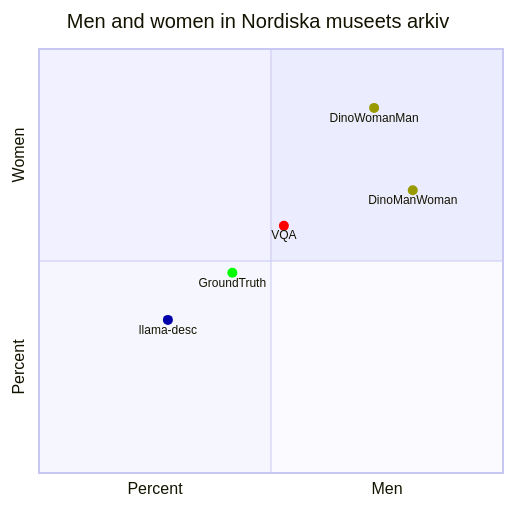
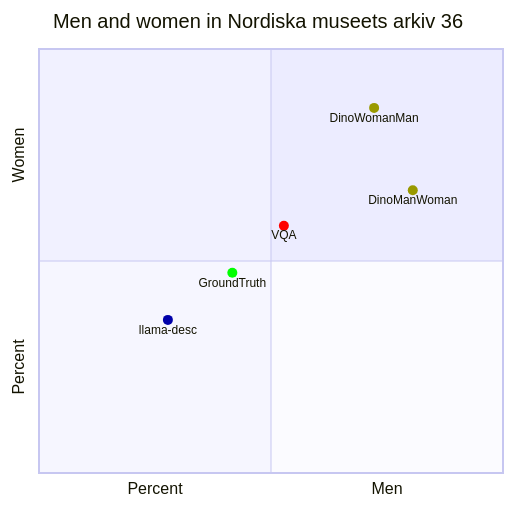
One commit to Modern36/tropes_1500 changed diagram 11 of 11 in browser/scatter.md. Above: the diagram before and after it, drawn with Mermaid. The commit also changed other lines of this file and 1 other file, not shown here.

````diff
--- a/browser/scatter.md
+++ b/browser/scatter.md
@@ -172,12 +172,12 @@
 ```mermaid
 quadrantChart
-    title Men and women in Nordiska museets arkiv
+    title Men and women in Nordiska museets arkiv 36
     x-axis Percent --> Men
     y-axis Percent --> Women
     DinoManWoman: [0.8055555555555556, 0.6666666666666666] color: #999900
     DinoWomanMan: [0.7222222222222222, 0.8611111111111112] color: #999900
     GroundTruth: [0.4166666666666667, 0.4722222222222222] color: #00FF00
     VQA: [0.5277777777777778, 0.5833333333333334] color: #FF0000
     llama-desc: [0.2777777777777778, 0.3611111111111111] color: #0000AA
 
 ```
````
